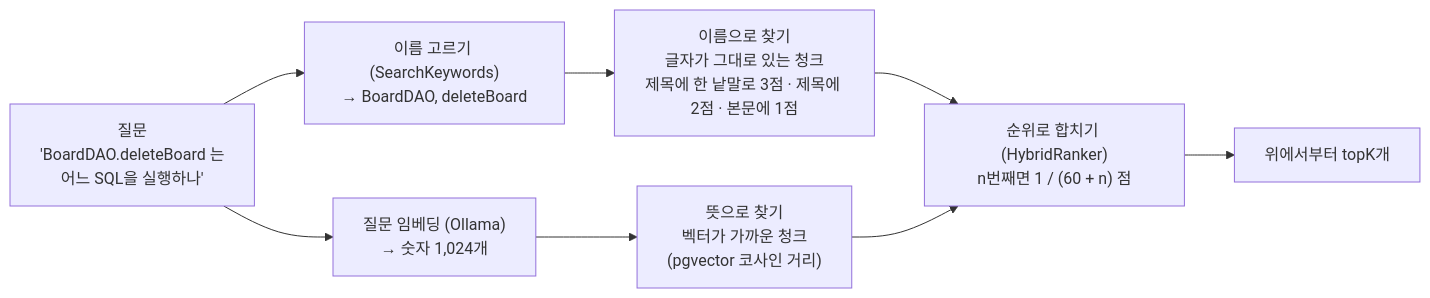
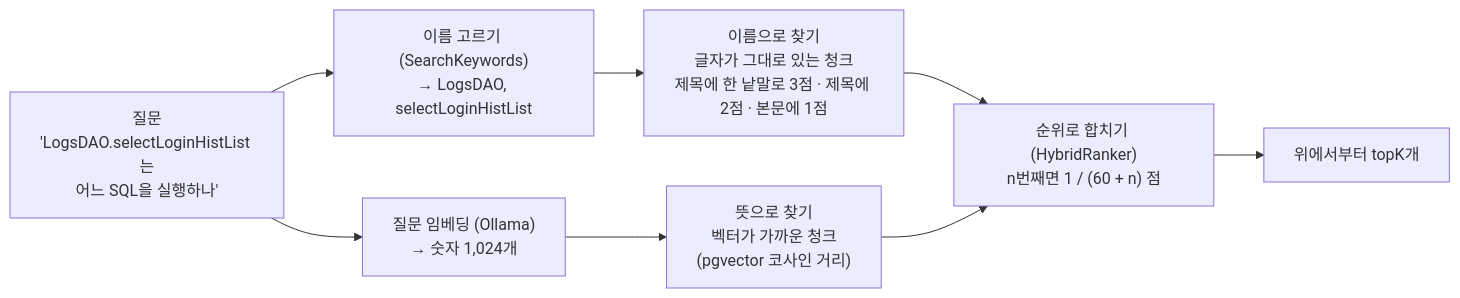
Before and after one commit to YongSoekChoeng/dstone: the tenth of 15 diagrams in docs/11.dstone-knowledge.md, drawn with Mermaid. The commit also changed other lines of this file, not shown here.

````diff
--- a/docs/11.dstone-knowledge.md
+++ b/docs/11.dstone-knowledge.md
@@ -681,11 +682,11 @@
 ```mermaid
 flowchart LR
-    Q["질문<br/>'BoardDAO.deleteBoard 는<br/>어느 SQL을 실행하나'"]
-    Q --> K["이름 고르기 (SearchKeywords)<br/>→ BoardDAO, deleteBoard"]
+    Q["질문<br/>'LogsDAO.selectLoginHistList 는<br/>어느 SQL을 실행하나'"]
+    Q --> K["이름 고르기 (SearchKeywords)<br/>→ LogsDAO, selectLoginHistList"]
     Q --> EM["질문 임베딩 (Ollama)<br/>→ 숫자 1,024개"]
     K --> KS["이름으로 찾기<br/>글자가 그대로 있는 청크<br/>제목에 한 낱말로 3점 · 제목에 2점 · 본문에 1점"]
     EM --> VS["뜻으로 찾기<br/>벡터가 가까운 청크<br/>(pgvector 코사인 거리)"]
     KS --> RR["순위로 합치기 (HybridRanker)<br/>n번째면 1 / (60 + n) 점"]
     VS --> RR
     RR --> OUT["위에서부터 topK개"]
 ```
````
